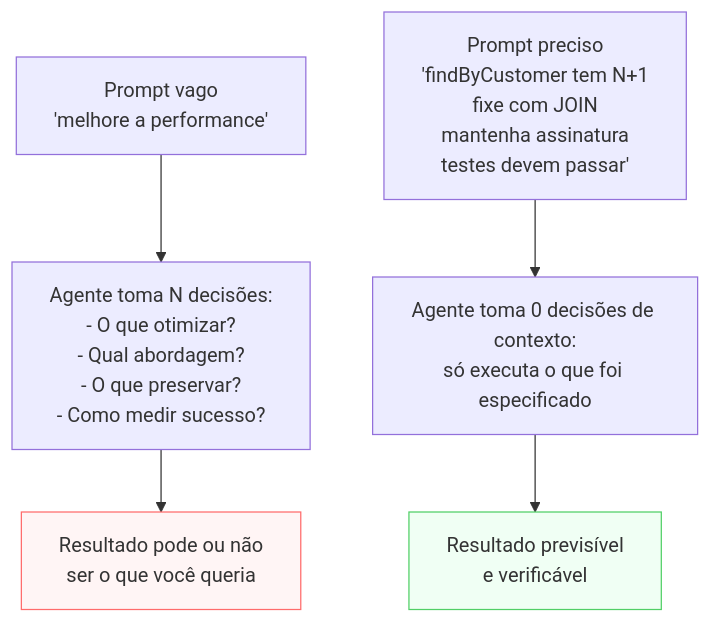
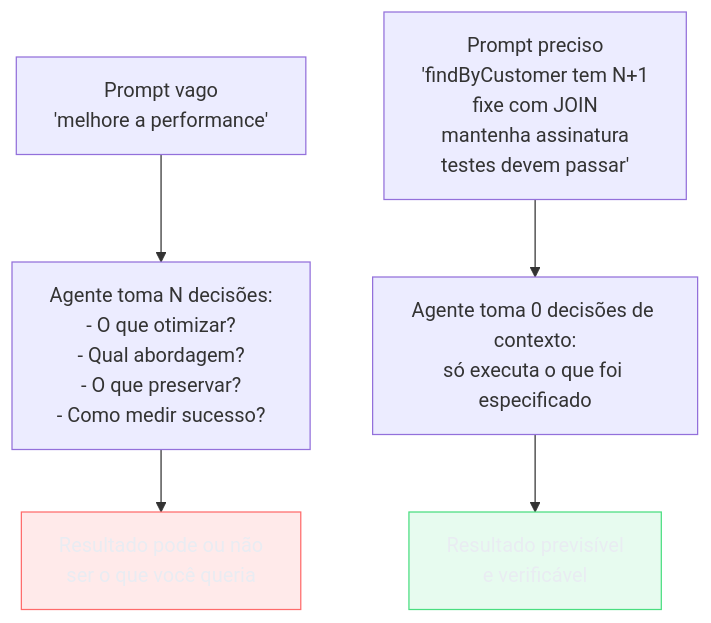
One commit to josenaldo/codex-technomanticus changed the diagram in 03-Dominios/Tecnologia/IA/Claude Code/Workflows/09 - Prompting para Claude Code.md. Above: the diagram before and after it, drawn with Mermaid. The commit also changed 1181 other files, not shown here.

First line of the commit message:
fix(diagramas): paleta do sistema no lugar de cor cravada no markdown

````diff
--- a/03-Dominios/Tecnologia/IA/Claude Code/Workflows/09 - Prompting para Claude Code.md
+++ b/03-Dominios/Tecnologia/IA/Claude Code/Workflows/09 - Prompting para Claude Code.md
@@ -31,17 +31,19 @@
 ```mermaid
 flowchart TD
+    classDef falha fill:#FF6B6B24,stroke:#FF6B6B,color:#E9ECF2
+    classDef ok fill:#4ADE8021,stroke:#4ADE80,color:#E9ECF2
     vago["Prompt vago\n'melhore a performance'"]
     preciso["Prompt preciso\n'findByCustomer tem N+1\nfixe com JOIN\nmantenha assinatura\ntestes devem passar'"]
 
     dec_vago["Agente toma N decisões:\n- O que otimizar?\n- Qual abordagem?\n- O que preservar?\n- Como medir sucesso?"]
     dec_preciso["Agente toma 0 decisões de contexto:\nsó executa o que foi especificado"]
 
     result_vago["Resultado pode ou não\nser o que você queria"]
     result_preciso["Resultado previsível\ne verificável"]
 
     vago --> dec_vago --> result_vago
     preciso --> dec_preciso --> result_preciso
 
-    style result_vago fill:#fff5f5,stroke:#ff6b6b
-    style result_preciso fill:#f0fff4,stroke:#51cf66
+    class result_vago falha
+    class result_preciso ok
 ```
````
